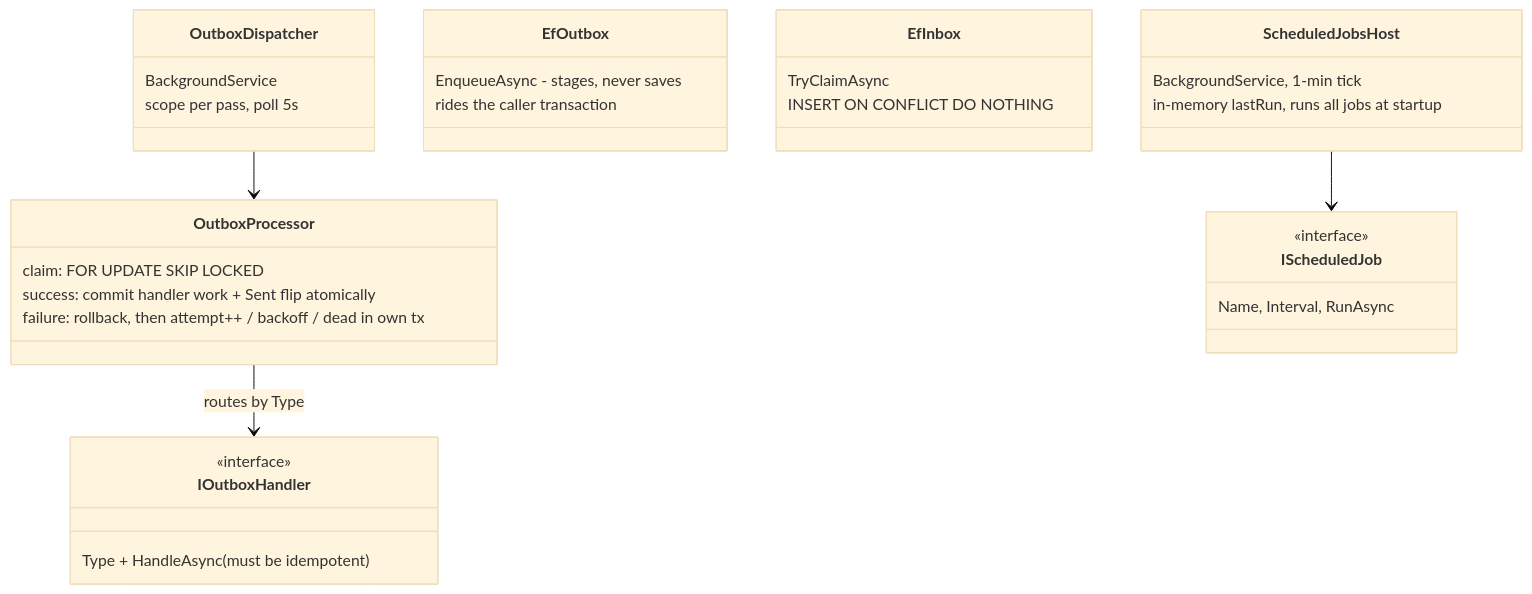
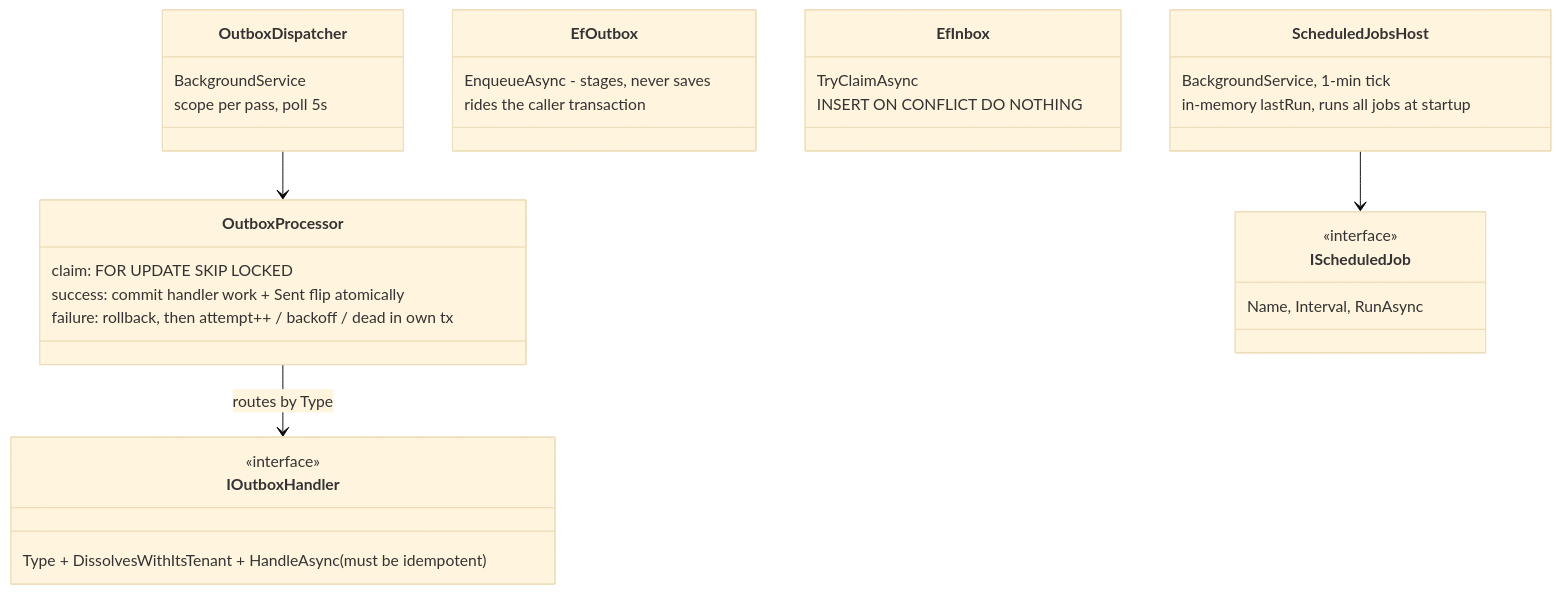
The fifth of 8 diagrams in docs/ARCHITECTURE.md (argamboad/vuelto), drawn with Mermaid (base theme) before and after one commit. The commit also changed other lines of this file and 18 other files, not shown here.

````diff
--- a/docs/ARCHITECTURE.md
+++ b/docs/ARCHITECTURE.md
@@ -189,35 +191,35 @@
 ```mermaid
 classDiagram
     class OutboxDispatcher {
         BackgroundService
         scope per pass, poll 5s
     }
     class OutboxProcessor {
         claim: FOR UPDATE SKIP LOCKED
         success: commit handler work + Sent flip atomically
         failure: rollback, then attempt++ / backoff / dead in own tx
     }
     class IOutboxHandler {
         <<interface>>
-        Type + HandleAsync (must be idempotent)
+        Type + DissolvesWithItsTenant + HandleAsync (must be idempotent)
     }
     class EfOutbox {
         EnqueueAsync - stages, never saves
         rides the caller transaction
     }
     class EfInbox {
         TryClaimAsync
         INSERT ON CONFLICT DO NOTHING
     }
     class ScheduledJobsHost {
         BackgroundService, 1-min tick
         in-memory lastRun, runs all jobs at startup
     }
     class IScheduledJob {
         <<interface>>
         Name, Interval, RunAsync
     }
     OutboxDispatcher --> OutboxProcessor
     OutboxProcessor --> IOutboxHandler : routes by Type
     ScheduledJobsHost --> IScheduledJob
 ```
````
